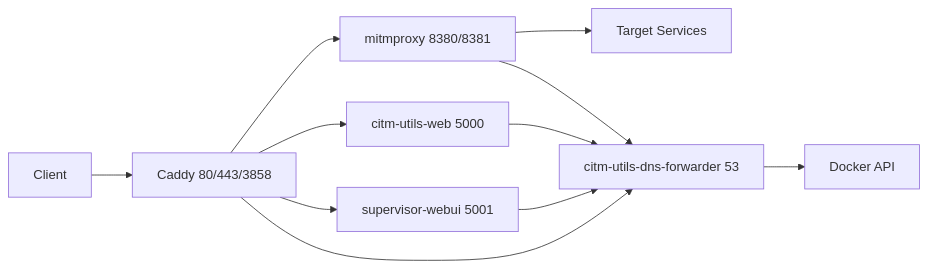
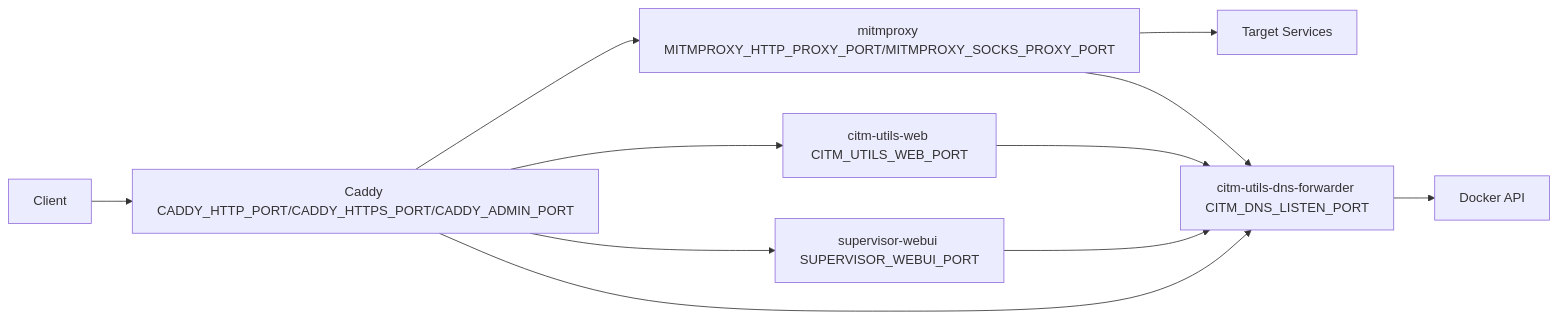
Before and after one commit to fardjad/caddy-in-the-middle: the diagram in docs/src/explanation/architecture.md, drawn with Mermaid. The commit also changed other lines of this file and 27 other files, not shown here.

````diff
--- a/docs/src/explanation/architecture.md
+++ b/docs/src/explanation/architecture.md
@@ -23,14 +25,14 @@
 ```mermaid
 flowchart LR
-    Client[Client] --> Caddy[Caddy 80/443/3858]
-    Caddy --> Mitm[mitmproxy 8380/8381]
-    Caddy --> Utils[citm-utils-web 5000]
-    Caddy --> Supervisor[supervisor-webui 5001]
+    Client[Client] --> Caddy["Caddy CADDY_HTTP_PORT/CADDY_HTTPS_PORT/CADDY_ADMIN_PORT"]
+    Caddy --> Mitm["mitmproxy MITMPROXY_HTTP_PROXY_PORT/MITMPROXY_SOCKS_PROXY_PORT"]
+    Caddy --> Utils["citm-utils-web CITM_UTILS_WEB_PORT"]
+    Caddy --> Supervisor["supervisor-webui SUPERVISOR_WEBUI_PORT"]
     Mitm --> Apps[Target Services]
-    DNS[citm-utils-dns-forwarder 53]
+    DNS["citm-utils-dns-forwarder CITM_DNS_LISTEN_PORT"]
     Caddy --> DNS
     Mitm --> DNS
     Utils --> DNS
     Supervisor --> DNS
     DNS --> Docker[Docker API]
 ```
````
